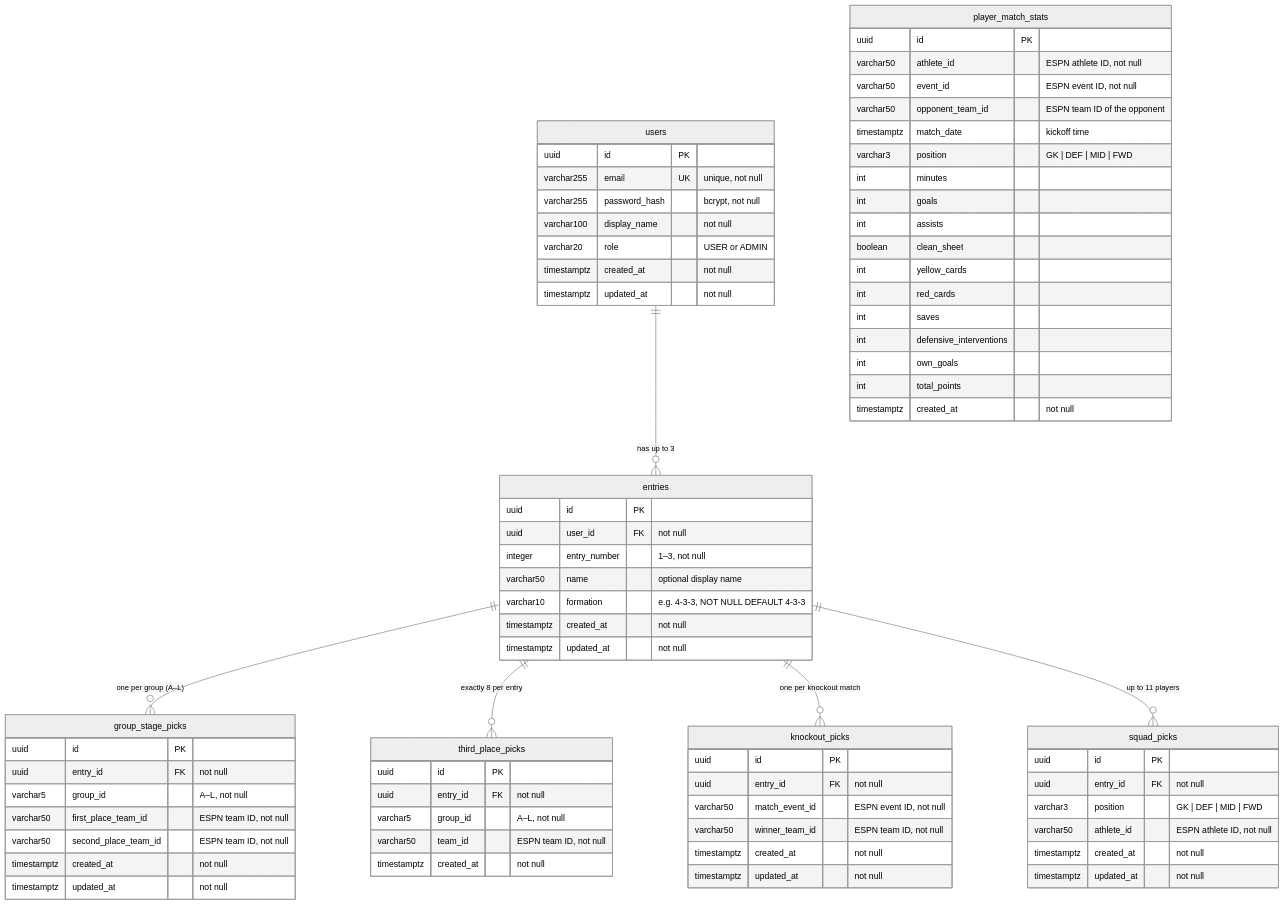
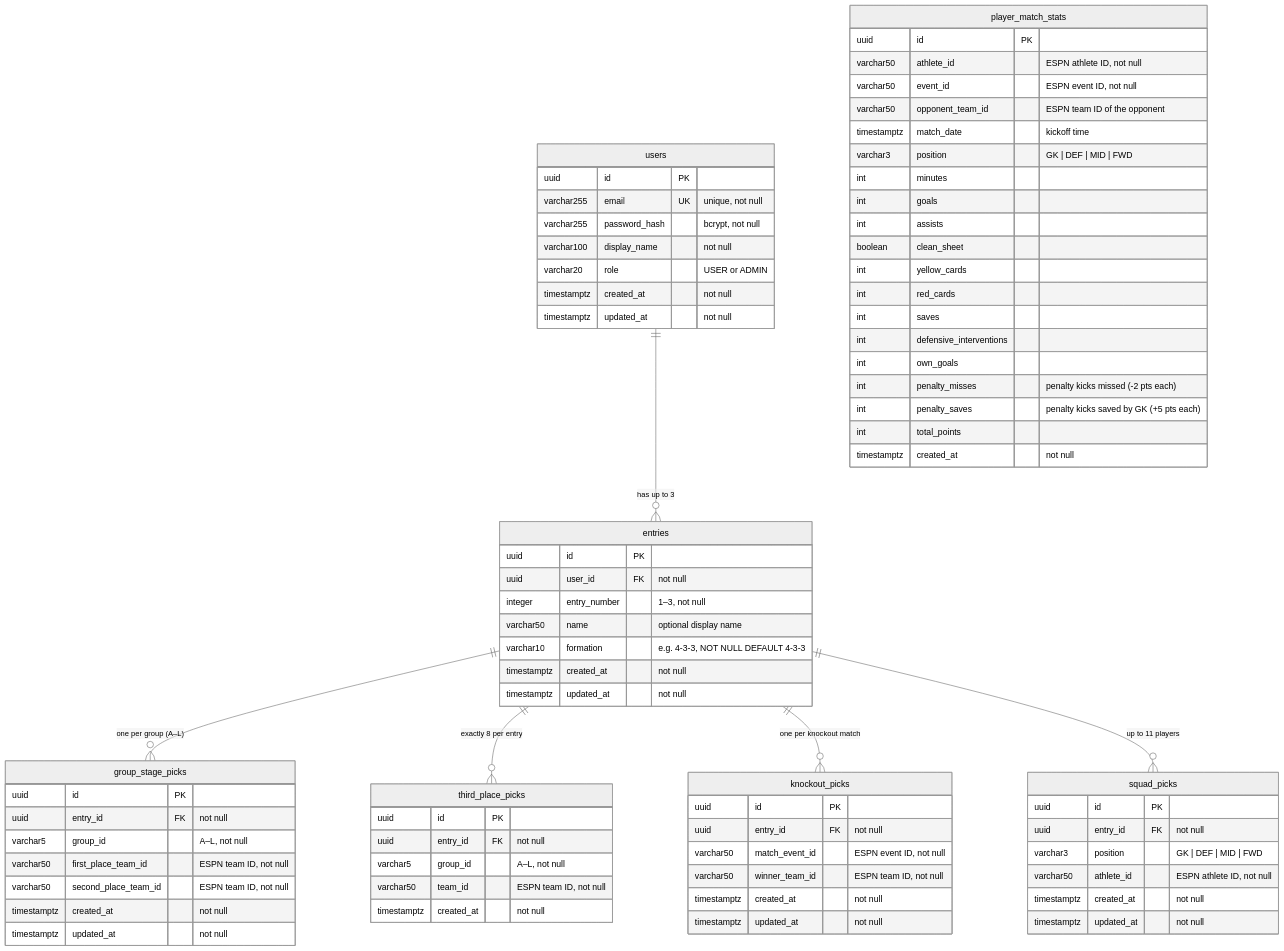
One commit to jominsky-ux/worldcupapp changed the diagram in backend/README.md. Above: the diagram before and after it, drawn with Mermaid (neutral theme). The commit also changed other lines of this file and 7 other files, not shown here.

```diff
--- a/backend/README.md
+++ b/backend/README.md
@@ -460,6 +467,8 @@
         int         saves
         int         defensive_interventions
         int         own_goals
+        int         penalty_misses          "penalty kicks missed (-2 pts each)"
+        int         penalty_saves           "penalty kicks saved by GK (+5 pts each)"
         int         total_points
         timestamptz created_at       "not null"
     }
```
